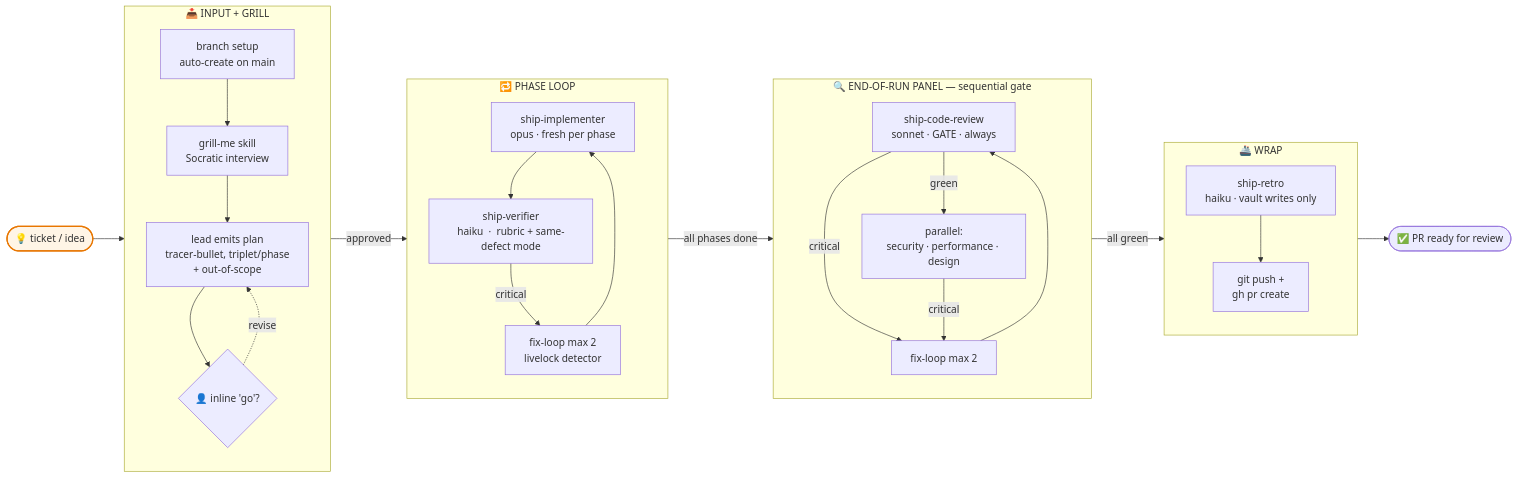
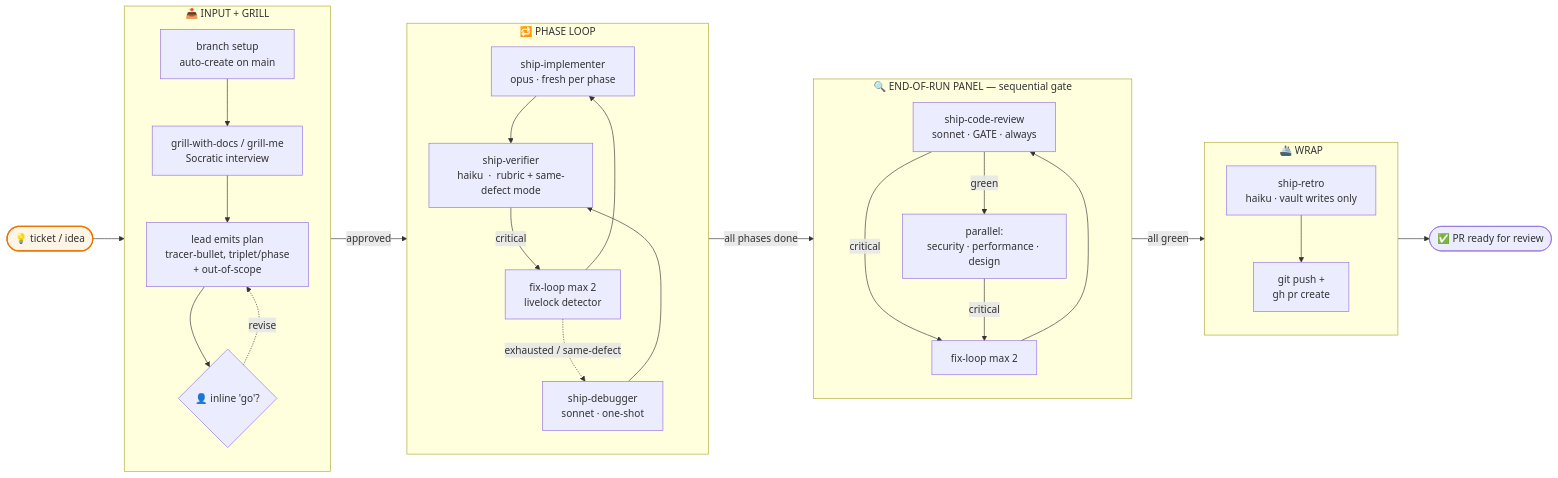
The diagram in README.md (aliaksei-loi/ship), drawn with Mermaid before and after one commit. The commit also changed other lines of this file and 65 other files, not shown here.

````diff
--- a/README.md
+++ b/README.md
@@ -7,47 +7,49 @@
 ```mermaid
 flowchart LR
     Idea([💡 ticket / idea]):::input
 
     subgraph Input["📥 INPUT + GRILL"]
         direction TB
         Brn[branch setup<br/>auto-create on main]
-        Grill[grill-me skill<br/>Socratic interview]
+        Grill[grill-with-docs / grill-me<br/>Socratic interview]
         Plan[lead emits plan<br/>tracer-bullet, triplet/phase<br/>+ out-of-scope]
         Gate{👤 inline 'go'?}
         Brn --> Grill --> Plan --> Gate
     end
 
     subgraph Loop["🔁 PHASE LOOP"]
         direction TB
         Imp[ship-implementer<br/>opus  ·  fresh per phase]
         Ver[ship-verifier<br/>haiku  ·  rubric + same-defect mode]
         Imp --> Ver
         Ver -->|critical| FixP[fix-loop max 2<br/>livelock detector]
         FixP --> Imp
+        FixP -.exhausted / same-defect.-> Dbg[ship-debugger<br/>sonnet · one-shot]
+        Dbg --> Ver
     end
 
     subgraph Panel["🔍 END-OF-RUN PANEL — sequential gate"]
         direction TB
         CR[ship-code-review<br/>sonnet  ·  GATE  ·  always]
         CR -->|green| Trio[parallel:<br/>security · performance · design]
         CR -->|critical| FixC[fix-loop max 2]
         FixC --> CR
         Trio -->|critical| FixC
     end
 
     subgraph Wrap["🚢 WRAP"]
         direction TB
         Retro[ship-retro<br/>haiku  ·  vault writes only]
         PR[git push +<br/>gh pr create]
         Retro --> PR
     end
 
     Idea --> Brn
     Gate -.revise.-> Plan
     Gate -->|approved| Imp
     Ver -->|all phases done| CR
     Trio -->|all green| Retro
     PR --> Out([✅ PR ready for review])
 
     classDef input fill:#fff5e6,stroke:#e87600,stroke-width:2px
 ```
````
